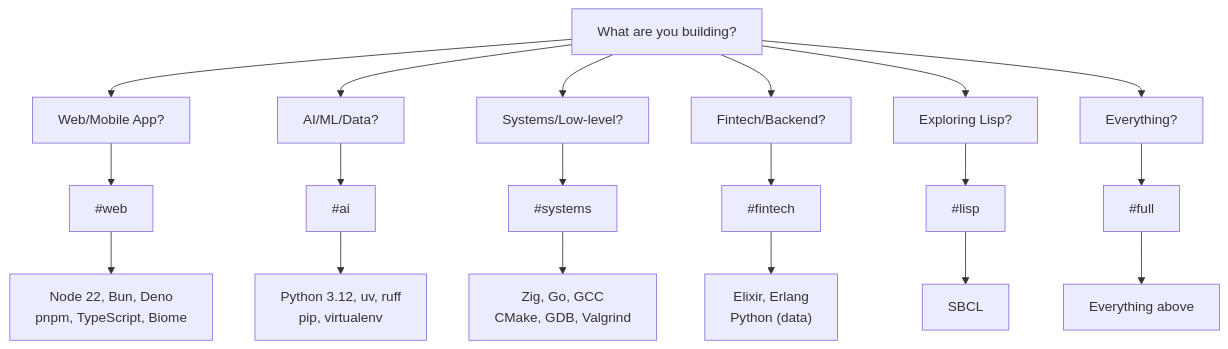
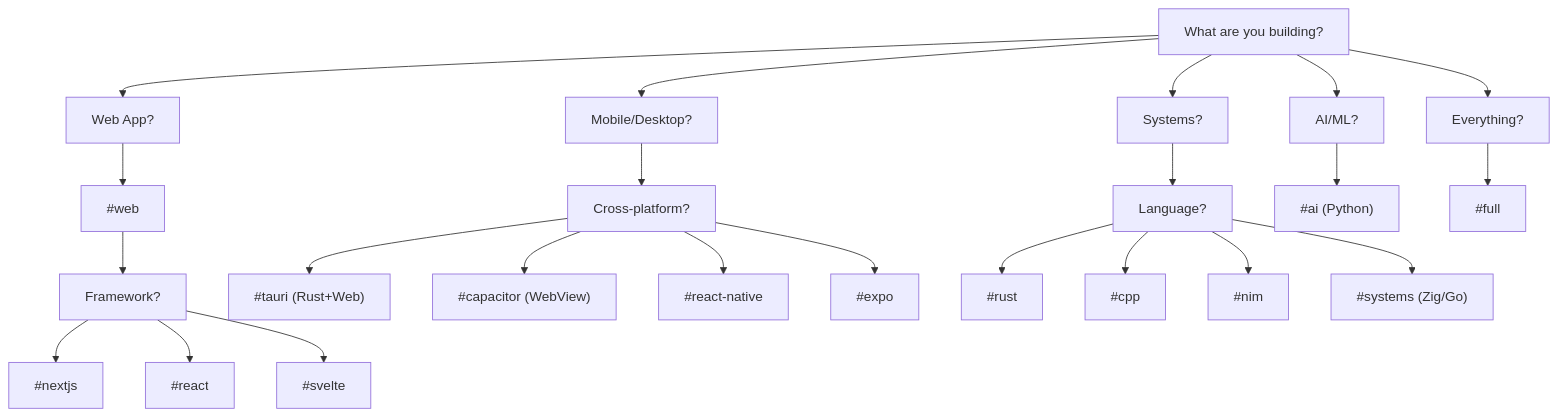
One commit to stussysenik/cc-setup changed the first of 4 diagrams in README.md. Above: the diagram before and after it, drawn with Mermaid. The commit also changed other lines of this file, not shown here.

````diff
--- a/README.md
+++ b/README.md
@@ -42,25 +42,31 @@
 ```mermaid
 flowchart TD
     START["What are you building?"]
 
-    START --> WEB["Web/Mobile App?"]
-    START --> AI["AI/ML/Data?"]
-    START --> SYS["Systems/Low-level?"]
-    START --> FIN["Fintech/Backend?"]
-    START --> LISP["Exploring Lisp?"]
+    START --> WEB["Web App?"]
+    START --> MOBILE["Mobile/Desktop?"]
+    START --> SYS["Systems?"]
+    START --> AI["AI/ML?"]
     START --> ALL["Everything?"]
 
     WEB --> WEBSHELL["#web"]
-    AI --> AISHELL["#ai"]
-    SYS --> SYSSHELL["#systems"]
-    FIN --> FINSHELL["#fintech"]
-    LISP --> LISPSHELL["#lisp"]
+    WEBSHELL --> FRAME["Framework?"]
+    FRAME --> NEXTJS["#nextjs"]
+    FRAME --> REACT["#react"]
+    FRAME --> SVELTE["#svelte"]
+
+    MOBILE --> CROSS["Cross-platform?"]
+    CROSS --> TAURI["#tauri (Rust+Web)"]
+    CROSS --> CAP["#capacitor (WebView)"]
+    CROSS --> RN["#react-native"]
+    CROSS --> EXPO["#expo"]
+
+    SYS --> LANG["Language?"]
+    LANG --> RUST["#rust"]
+    LANG --> CPP["#cpp"]
+    LANG --> NIM["#nim"]
+    LANG --> SYSTEMS["#systems (Zig/Go)"]
+
+    AI --> AISHELL["#ai (Python)"]
     ALL --> FULLSHELL["#full"]
-
-    WEBSHELL --> WEBTOOLS["Node 22, Bun, Deno<br/>pnpm, TypeScript, Biome"]
-    AISHELL --> AITOOLS["Python 3.12, uv, ruff<br/>pip, virtualenv"]
-    SYSSHELL --> SYSTOOLS["Zig, Go, GCC<br/>CMake, GDB, Valgrind"]
-    FINSHELL --> FINTOOLS["Elixir, Erlang<br/>Python (data)"]
-    LISPSHELL --> LISPTOOLS["SBCL"]
-    FULLSHELL --> FULLTOOLS["Everything above"]
 ```
````
